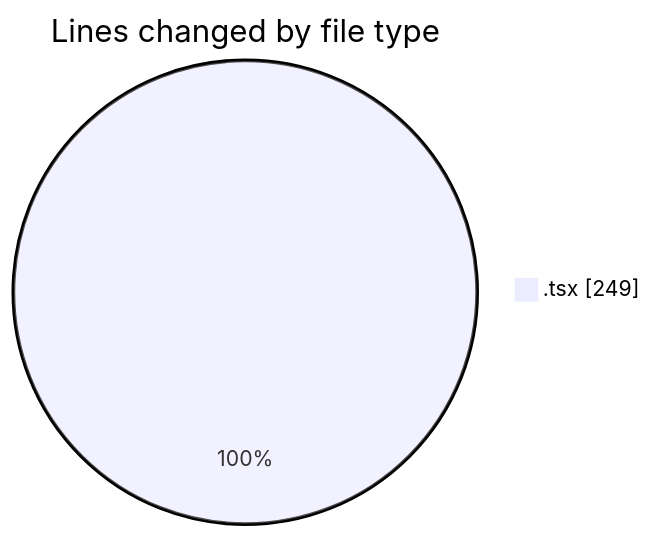
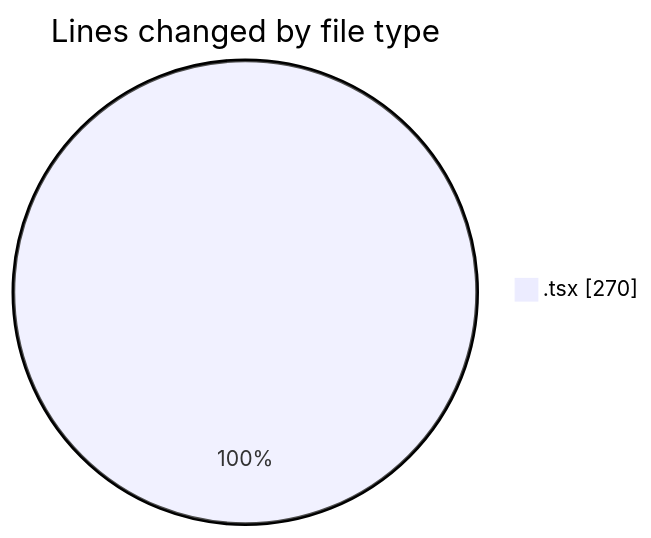
Before and after one commit to nxtqubesakshisongat/code-tracking: the first of 2 diagrams in 2026-04-12/airfeed-analytics-dashboard/README.md, drawn with Mermaid. The commit also changed other lines of this file and 1 other file, not shown here.

````diff
--- a/2026-04-12/airfeed-analytics-dashboard/README.md
+++ b/2026-04-12/airfeed-analytics-dashboard/README.md
@@ -21,5 +21,5 @@
 ```mermaid
 pie showData
 title Lines changed by file type
-".tsx" : 249
+".tsx" : 270
 ```
````
